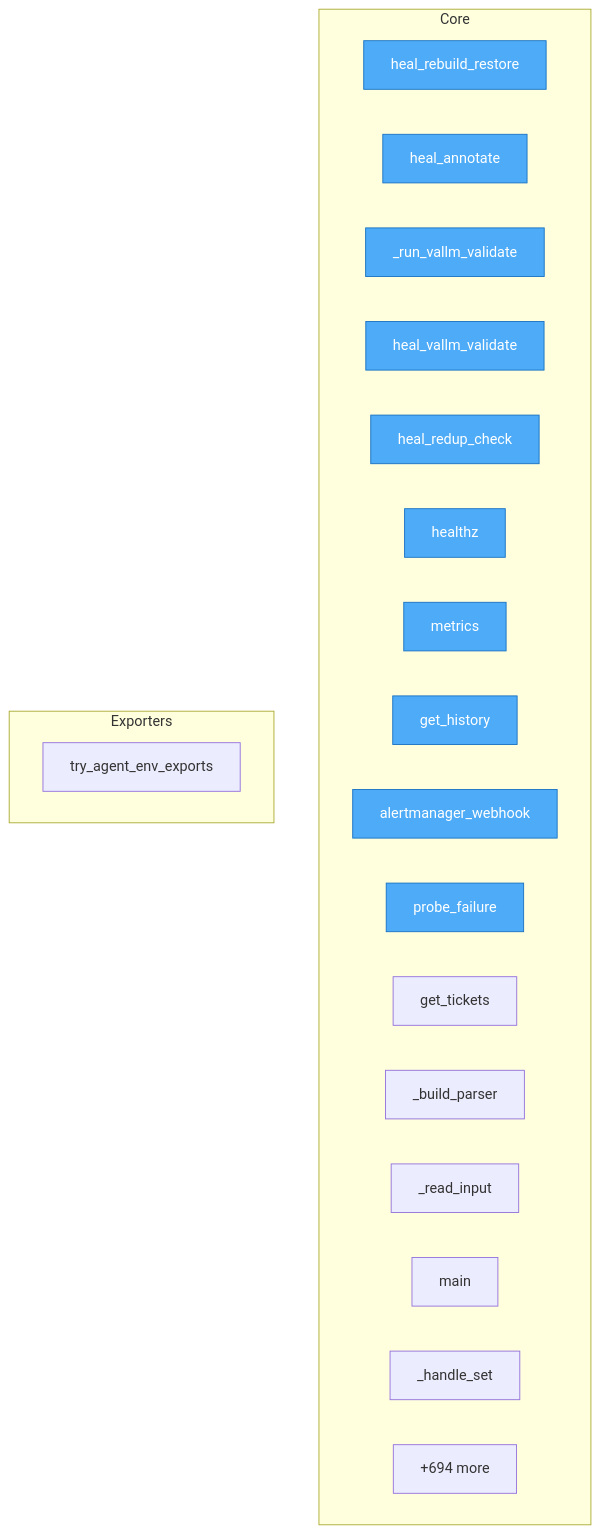
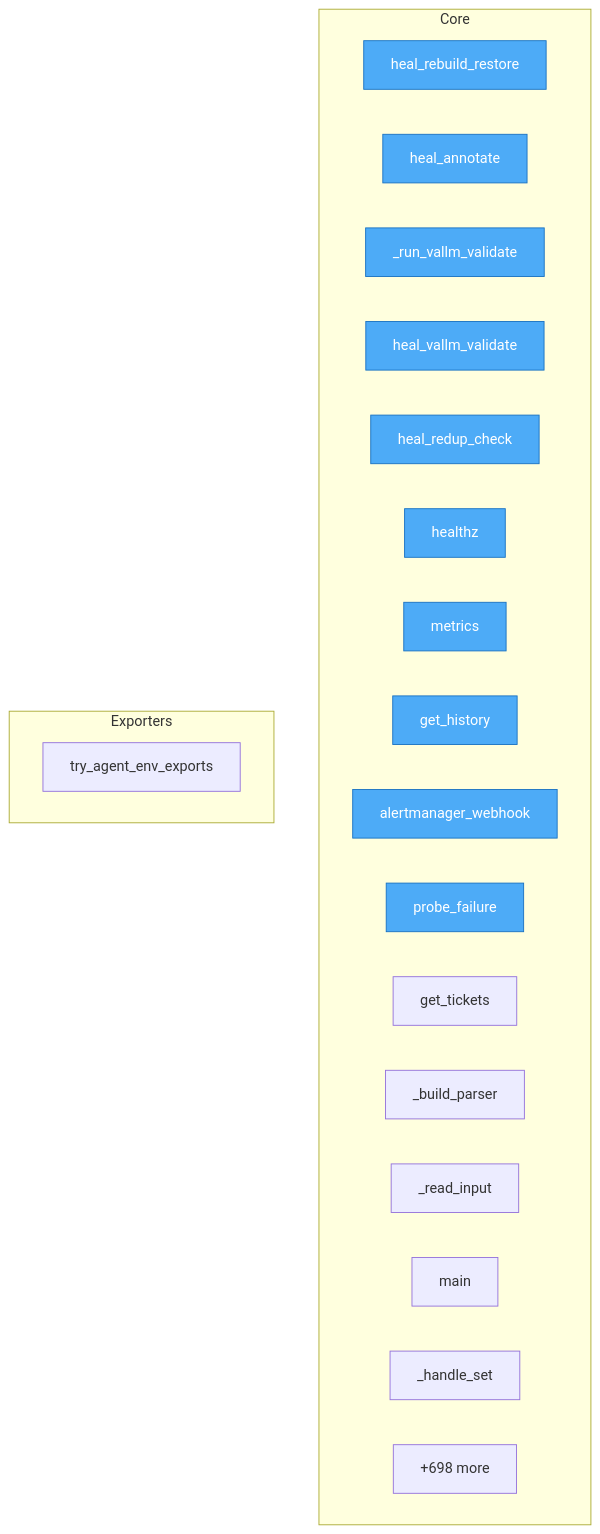
One commit to semcod/koru changed the diagram in project/flow.mmd. Above: the diagram before and after it, drawn with Mermaid. The commit also changed 29 other files, not shown here.

```diff
--- a/project/flow.mmd
+++ b/project/flow.mmd
@@ -1,30 +1,30 @@
 flowchart TD
-%% generated in 0.04s
+%% generated in 0.07s
 
     %% Entry points (blue)
     classDef entry fill:#4dabf7,stroke:#1971c2,color:#fff
 
     subgraph Core
         services__healing_webhook__app__heal_rebuild_restore["heal_rebuild_restore"]
         services__healing_webhook__app__heal_annotate["heal_annotate"]
         services__healing_webhook__app___run_vallm_validate["_run_vallm_validate"]
         services__healing_webhook__app__heal_vallm_validate["heal_vallm_validate"]
         services__healing_webhook__app__heal_redup_check["heal_redup_check"]
         services__healing_webhook__app__healthz["healthz"]
         services__healing_webhook__app__metrics["metrics"]
         services__healing_webhook__app__get_history["get_history"]
         services__healing_webhook__app__alertmanager_webhook["alertmanager_webhook"]
         services__healing_webhook__app__probe_failure["probe_failure"]
         services__healing_webhook__app__get_tickets["get_tickets"]
         src__korudsl__cli___build_parser["_build_parser"]
         src__korudsl__cli___read_input["_read_input"]
         src__korudsl__cli__main["main"]
         src__korudsl__library___handle_set["_handle_set"]
-        ...["+694 more"]
+        ...["+698 more"]
     end
 
     subgraph Exporters
         src__koru__agent_cli_helpers__try_agent_env_exports["try_agent_env_exports"]
     end
 
     class services__healing_webhook__app__heal_rebuild_restore,services__healing_webhook__app__heal_annotate,services__healing_webhook__app___run_vallm_validate,services__healing_webhook__app__heal_vallm_validate,services__healing_webhook__app__heal_redup_check,services__healing_webhook__app__healthz,services__healing_webhook__app__metrics,services__healing_webhook__app__get_history,services__healing_webhook__app__alertmanager_webhook,services__healing_webhook__app__probe_failure entry
```
